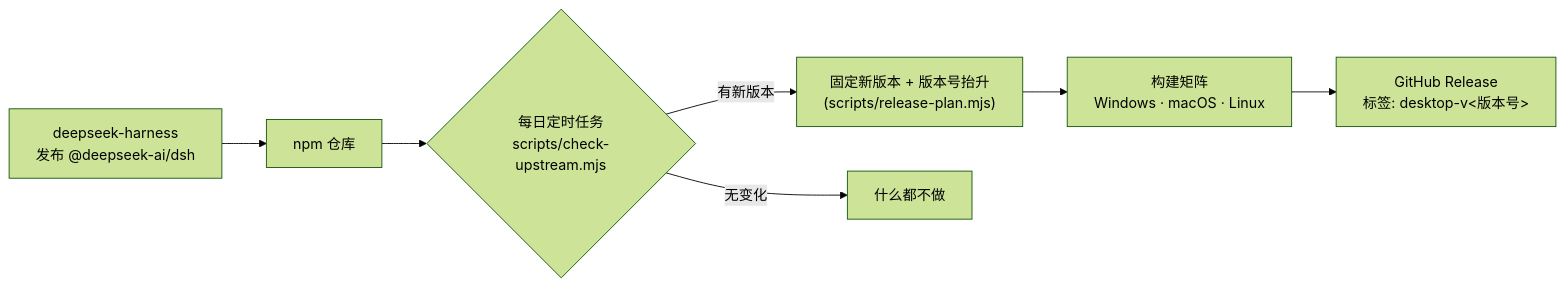
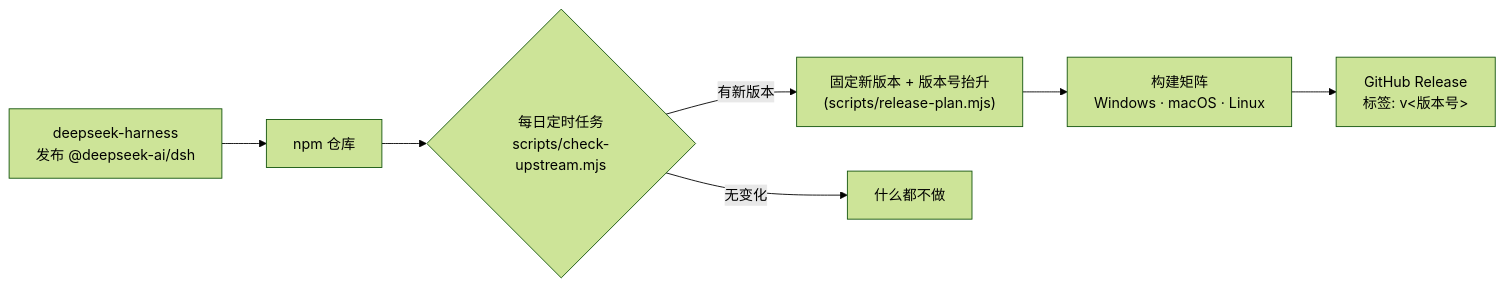
One commit to a1647517212/deepseek-harness-desktop changed the second of 2 diagrams in README.md. Above: the diagram before and after it, drawn with Mermaid (forest theme). The commit also changed other lines of this file and 18 other files, not shown here.

````diff
--- a/README.md
+++ b/README.md
@@ -104,9 +104,9 @@
 ```mermaid
 flowchart LR
     U[deepseek-harness<br/>发布 @deepseek-ai/dsh] --> N[npm 仓库]
     N --> C{"每日定时任务<br/>scripts/check-upstream.mjs"}
     C -- 有新版本 --> B["固定新版本 + 版本号抬升<br/>(scripts/release-plan.mjs)"]
     C -- 无变化 --> X[什么都不做]
     B --> M[构建矩阵<br/>Windows · macOS · Linux]
-    M --> R[GitHub Release<br/>标签: desktop-v&lt;版本号&gt;]
+    M --> R[GitHub Release<br/>标签: v&lt;版本号&gt;]
 ```
````
